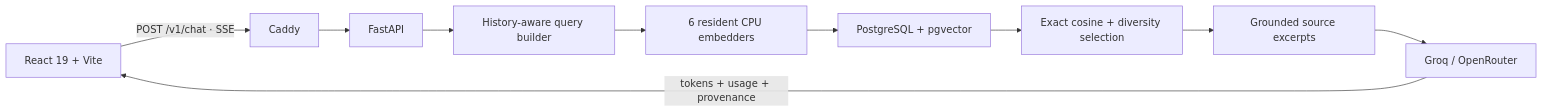
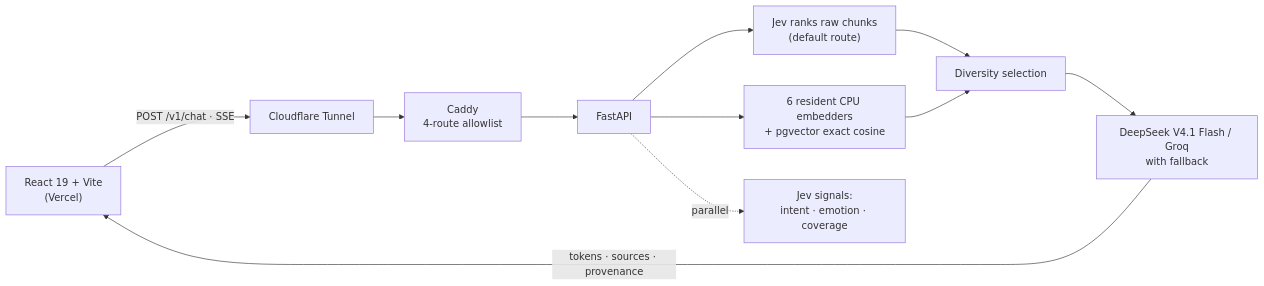
One commit to Yash456k/ask-my-portfolio changed the diagram in README.md. Above: the diagram before and after it, drawn with Mermaid. The commit also changed other lines of this file and 3 other files, not shown here.

````diff
--- a/README.md
+++ b/README.md
@@ -59,12 +24,13 @@
 ```mermaid
 flowchart LR
-    Browser["React 19 + Vite"] -->|"POST /v1/chat · SSE"| Proxy["Caddy"]
+    Browser["React 19 + Vite<br/>(Vercel)"] -->|"POST /v1/chat · SSE"| Tunnel["Cloudflare Tunnel"]
+    Tunnel --> Proxy["Caddy<br/>4-route allowlist"]
     Proxy --> API["FastAPI"]
-    API --> Query["History-aware query builder"]
-    Query --> Models["6 resident CPU embedders"]
-    Models --> DB["PostgreSQL + pgvector"]
-    DB --> Select["Exact cosine + diversity selection"]
-    Select --> Context["Grounded source excerpts"]
-    Context --> LLM["Groq / OpenRouter"]
-    LLM -->|"tokens + usage + provenance"| Browser
+    API --> Jev["Jev ranks raw chunks<br/>(default route)"]
+    API --> Embed["6 resident CPU embedders<br/>+ pgvector exact cosine"]
+    Jev --> Select["Diversity selection"]
+    Embed --> Select
+    Select --> LLM["DeepSeek V4.1 Flash / Groq<br/>with fallback"]
+    LLM -->|"tokens · sources · provenance"| Browser
+    API -.->|"parallel"| Signals["Jev signals:<br/>intent · emotion · coverage"]
 ```
````
